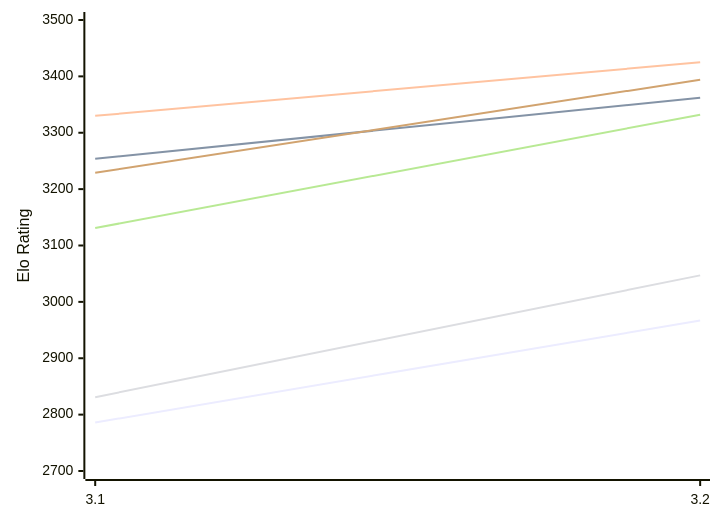
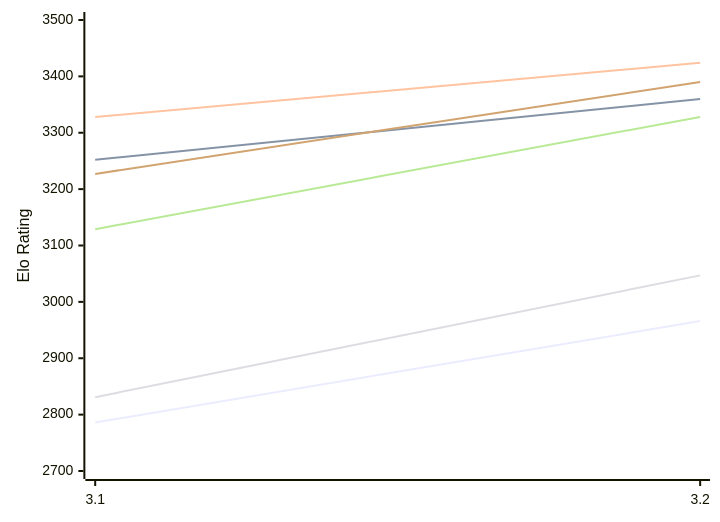
The first of 2 diagrams in engines/Thrawn.md (computer-chess-index/cci), drawn with Mermaid before and after one commit. The commit also changed other lines of this file, not shown here.

Commit message:
Update CCI Ratings (ELO VLTC) - 2026-11-19

````diff
--- a/engines/Thrawn.md
+++ b/engines/Thrawn.md
@@ -52,12 +52,12 @@
 ```mermaid
 %%{init: {"theme":"base","themeVariables":{"seriesColors:['#a3a3a3','#222221','#faa371']}}}%%
 xychart-beta
   x-axis ["3.1", "3.2"]
   y-axis "Elo Rating" 2700 --> 3500
-  line "E1: STC (8.0+0.08s)" [2786, 2967]
-  line "E1: LTC (60.0+0.60s)" [3254, 3362]
-  line "E1: VLTC (2m24s+1.12s)" [3330, 3425]
+  line "E1: STC (8.0+0.08s)" [2786, 2966]
+  line "E1: LTC (60.0+0.60s)" [3252, 3360]
+  line "E1: VLTC (2m24s+1.12s)" [3328, 3424]
   line "P1: STC (8.0+0.08s)" [2831, 3047]
-  line "P1: LTC (60.0+0.60s)" [3131, 3332]
-  line "P1: VLTC (2m24s+1.12s)" [3229, 3394]
+  line "P1: LTC (60.0+0.60s)" [3129, 3328]
+  line "P1: VLTC (2m24s+1.12s)" [3227, 3390]
 ```
````
